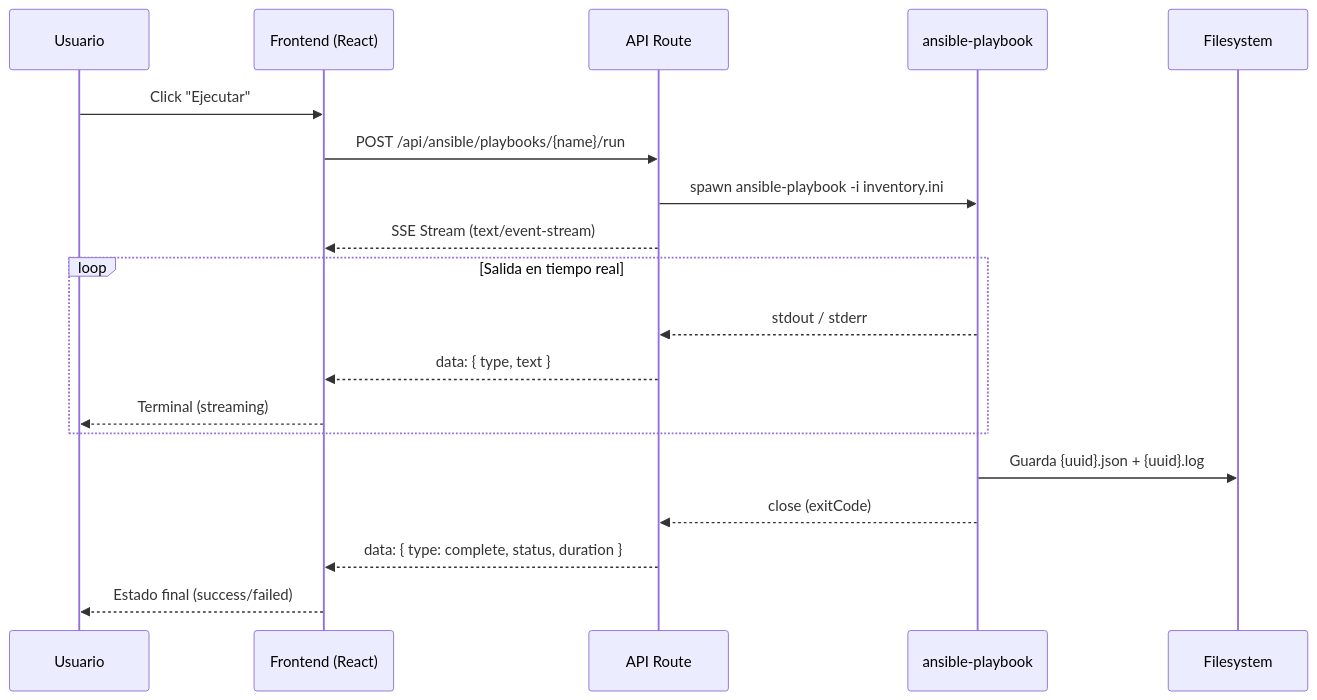
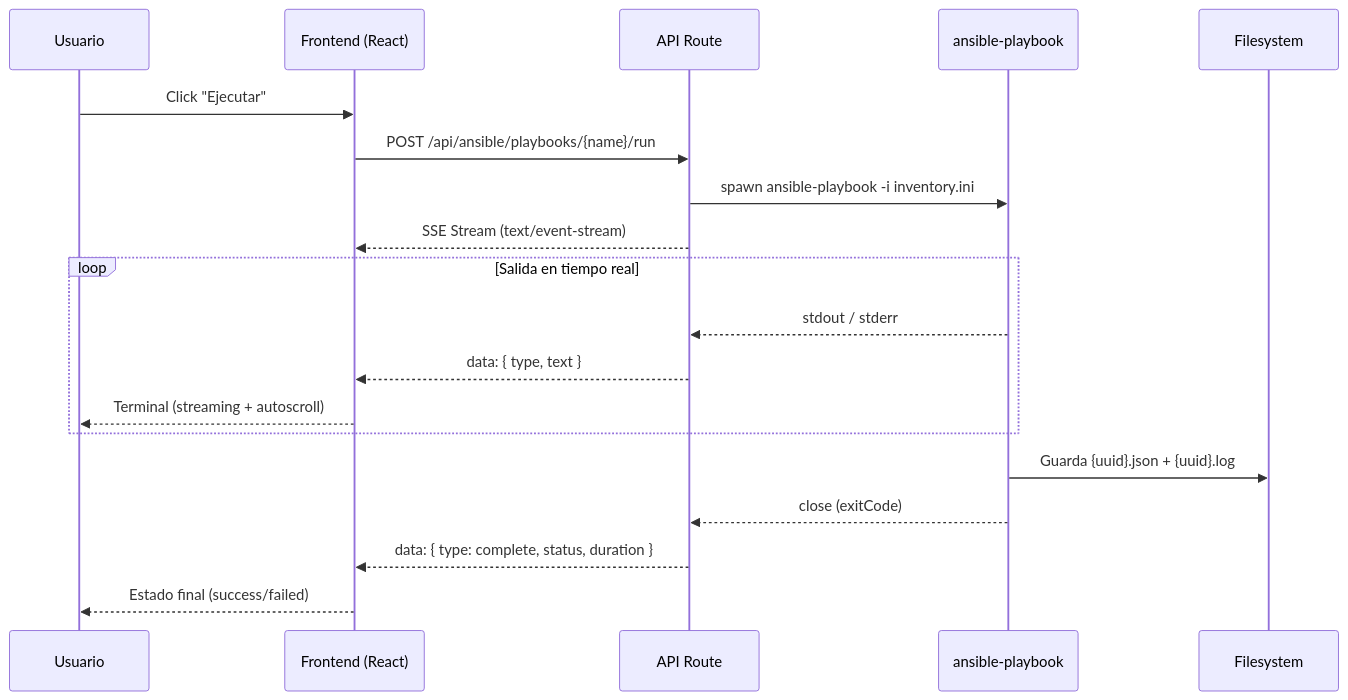
One commit to ExecOps/ExecOps changed the second of 3 diagrams in README.md. Above: the diagram before and after it, drawn with Mermaid. The commit also changed other lines of this file and 2 other files, not shown here.

````diff
--- a/README.md
+++ b/README.md
@@ -123,24 +177,24 @@
 ```mermaid
 sequenceDiagram
     participant U as Usuario
     participant FE as Frontend (React)
     participant API as API Route
     participant AN as ansible-playbook
     participant FS as Filesystem
 
     U->>FE: Click "Ejecutar"
     FE->>API: POST /api/ansible/playbooks/{name}/run
     API->>AN: spawn ansible-playbook -i inventory.ini
     API-->>FE: SSE Stream (text/event-stream)
 
     loop Salida en tiempo real
         AN-->>API: stdout / stderr
         API-->>FE: data: { type, text }
-        FE-->>U: Terminal (streaming)
+        FE-->>U: Terminal (streaming + autoscroll)
     end
 
     AN->>FS: Guarda {uuid}.json + {uuid}.log
     AN-->>API: close (exitCode)
     API-->>FE: data: { type: complete, status, duration }
     FE-->>U: Estado final (success/failed)
 ```
````
